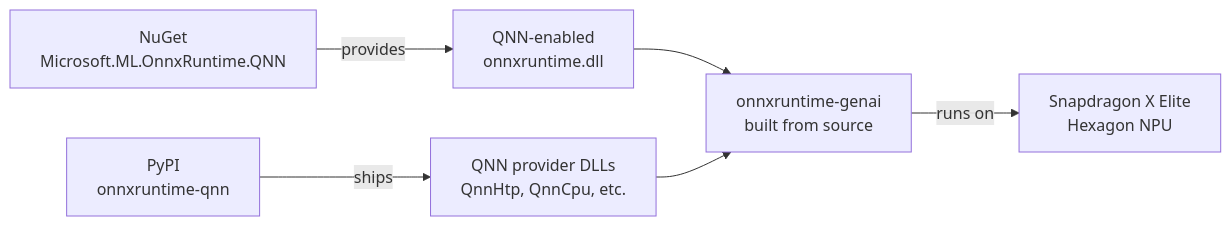
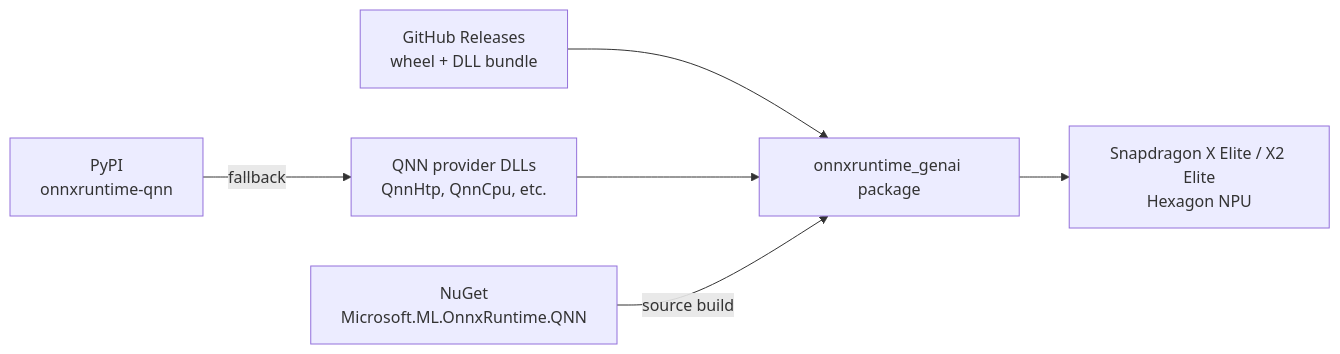
Before and after one commit to dakehero/snapdragon-xelite-llm-example: the diagram in docs/setup.md, drawn with Mermaid. The commit also changed other lines of this file and 20 other files, not shown here.

````diff
--- a/docs/setup.md
+++ b/docs/setup.md
@@ -9,8 +9,8 @@
 ```mermaid
 graph LR
-    A[PyPI<br/>onnxruntime-qnn] -->|ships| B[QNN provider DLLs<br/>QnnHtp, QnnCpu, etc.]
-    C[NuGet<br/>Microsoft.ML.OnnxRuntime.QNN] -->|provides| D[QNN-enabled<br/>onnxruntime.dll]
-    D --> E[onnxruntime-genai<br/>built from source]
-    B --> E
-    E -->|runs on| F[Snapdragon X Elite<br/>Hexagon NPU]
+    A[GitHub Releases<br/>wheel + DLL bundle] --> B[onnxruntime_genai package]
+    C[PyPI<br/>onnxruntime-qnn] -->|fallback| D[QNN provider DLLs<br/>QnnHtp, QnnCpu, etc.]
+    D --> B
+    E[NuGet<br/>Microsoft.ML.OnnxRuntime.QNN] -->|source build| B
+    B --> F[Snapdragon X Elite / X2 Elite<br/>Hexagon NPU]
 ```
````
